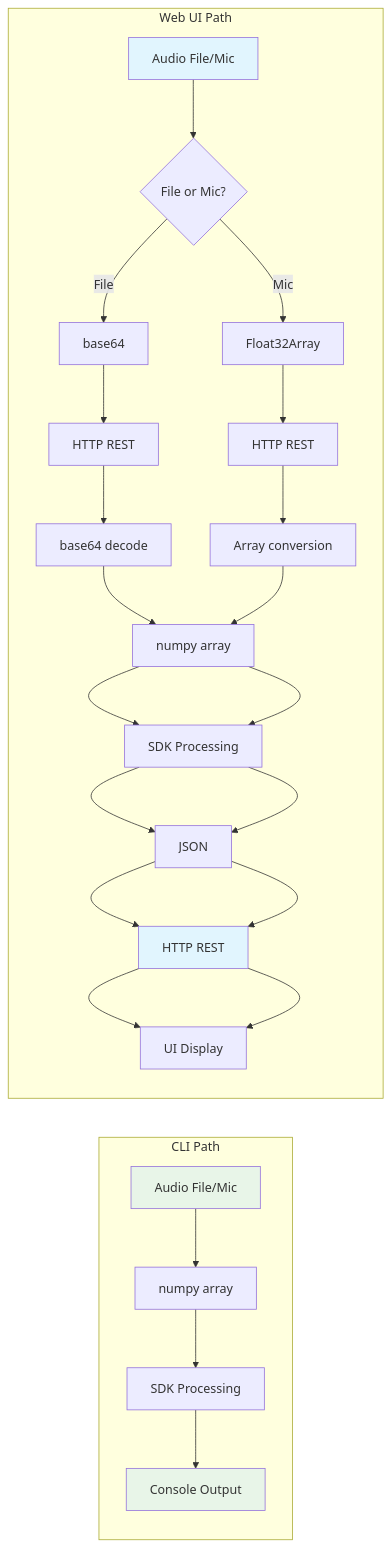
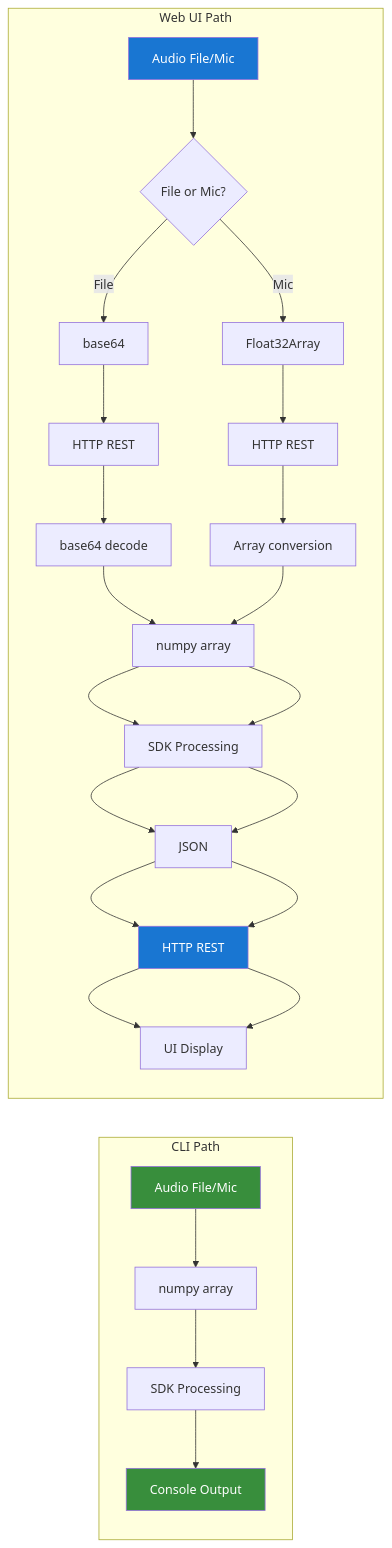
One commit to sreenivasmrpivot/groq-speech changed the fourth of 8 diagrams in docs/ARCHITECTURE.md. Above: the diagram before and after it, drawn with Mermaid. The commit also changed other lines of this file and 2 other files, not shown here.

Commit message:
Comprehensive documentation

````diff
--- a/docs/ARCHITECTURE.md
+++ b/docs/ARCHITECTURE.md
@@ -128,17 +128,17 @@
 ```mermaid
 graph LR
     subgraph "CLI Path"
         A1[Audio File/Mic] --> A2[numpy array] --> A3[SDK Processing] --> A4[Console Output]
     end
     
     subgraph "Web UI Path"
         B1[Audio File/Mic] --> B2{File or Mic?}
         B2 -->|File| B3[base64] --> B4[HTTP REST] --> B5[base64 decode] --> B6[numpy array] --> B7[SDK Processing] --> B8[JSON] --> B9[HTTP REST] --> B10[UI Display]
         B2 -->|Mic| B11[Float32Array] --> B12[HTTP REST] --> B13[Array conversion] --> B6[numpy array] --> B7[SDK Processing] --> B8[JSON] --> B9[HTTP REST] --> B10[UI Display]
     end
     
-    style A1 fill:#e8f5e8
-    style A4 fill:#e8f5e8
-    style B1 fill:#e1f5fe
-    style B9 fill:#e1f5fe
+    style A1 fill:#388E3C,color:#ffffff
+    style A4 fill:#388E3C,color:#ffffff
+    style B1 fill:#1976D2,color:#ffffff
+    style B9 fill:#1976D2,color:#ffffff
 ```
````
